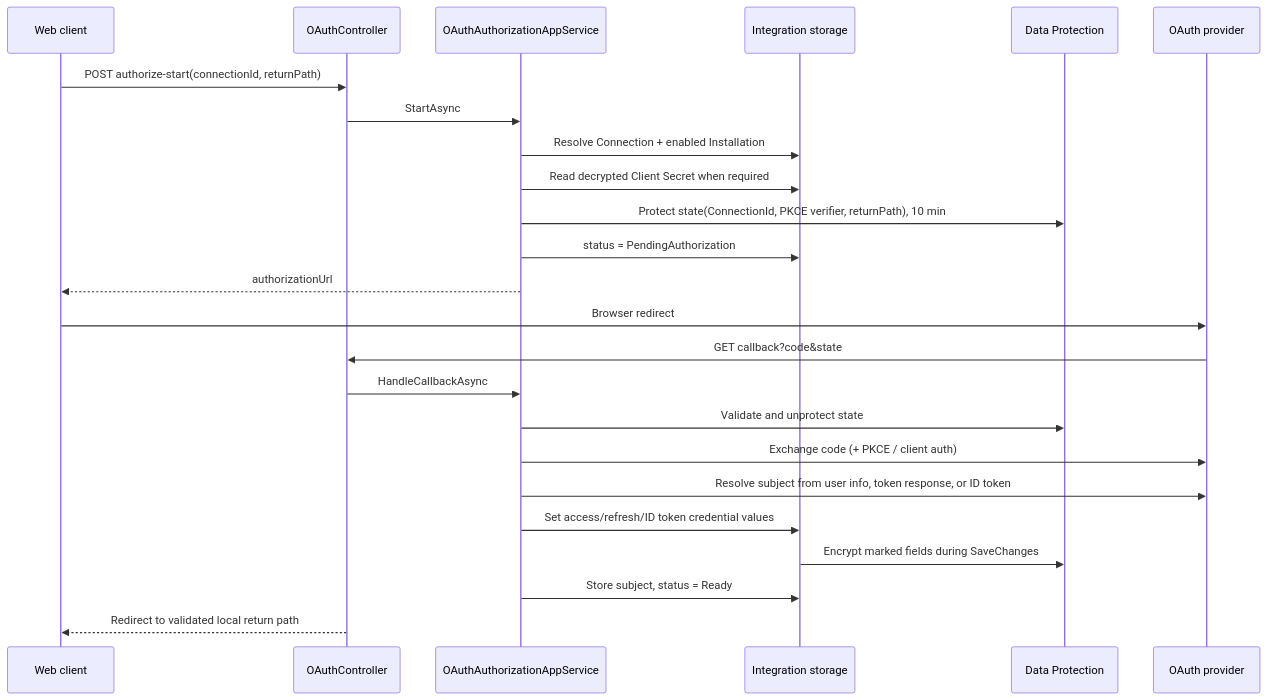
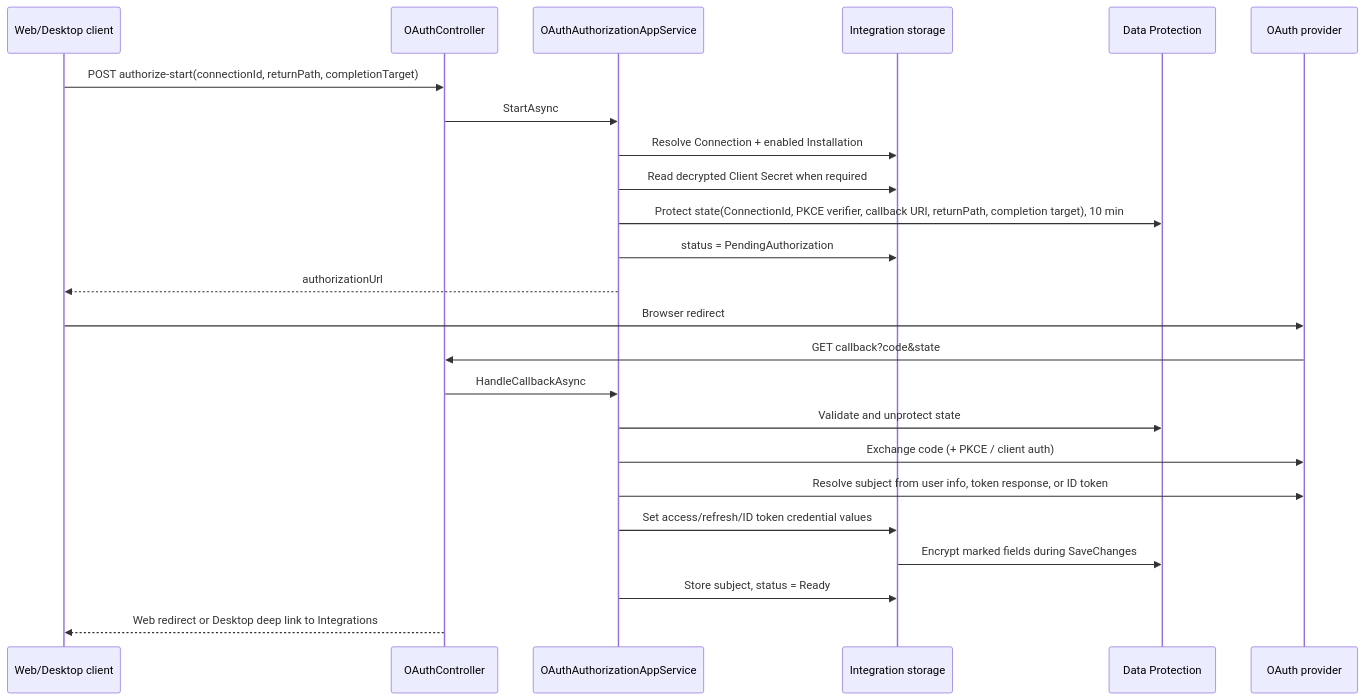
Before and after one commit to zxyao145/agw: the third of 4 diagrams in src/server/Agw.Integrations/README.md, drawn with Mermaid. The commit also changed other lines of this file and 396 other files, not shown here.

````diff
--- a/src/server/Agw.Integrations/README.md
+++ b/src/server/Agw.Integrations/README.md
@@ -306,27 +306,27 @@
 ```mermaid
 sequenceDiagram
-    participant UI as Web client
+    participant UI as Web/Desktop client
     participant API as OAuthController
     participant App as OAuthAuthorizationAppService
     participant DB as Integration storage
     participant DP as Data Protection
     participant Provider as OAuth provider
 
-    UI->>API: POST authorize-start(connectionId, returnPath)
+    UI->>API: POST authorize-start(connectionId, returnPath, completionTarget)
     API->>App: StartAsync
     App->>DB: Resolve Connection + enabled Installation
     App->>DB: Read decrypted Client Secret when required
-    App->>DP: Protect state(ConnectionId, PKCE verifier, returnPath), 10 min
+    App->>DP: Protect state(ConnectionId, PKCE verifier, callback URI, returnPath, completion target), 10 min
     App->>DB: status = PendingAuthorization
     App-->>UI: authorizationUrl
     UI->>Provider: Browser redirect
     Provider->>API: GET callback?code&state
     API->>App: HandleCallbackAsync
     App->>DP: Validate and unprotect state
     App->>Provider: Exchange code (+ PKCE / client auth)
     App->>Provider: Resolve subject from user info, token response, or ID token
     App->>DB: Set access/refresh/ID token credential values
     DB->>DP: Encrypt marked fields during SaveChanges
     App->>DB: Store subject, status = Ready
-    API-->>UI: Redirect to validated local return path
+    API-->>UI: Web redirect or Desktop deep link to Integrations
 ```
````
